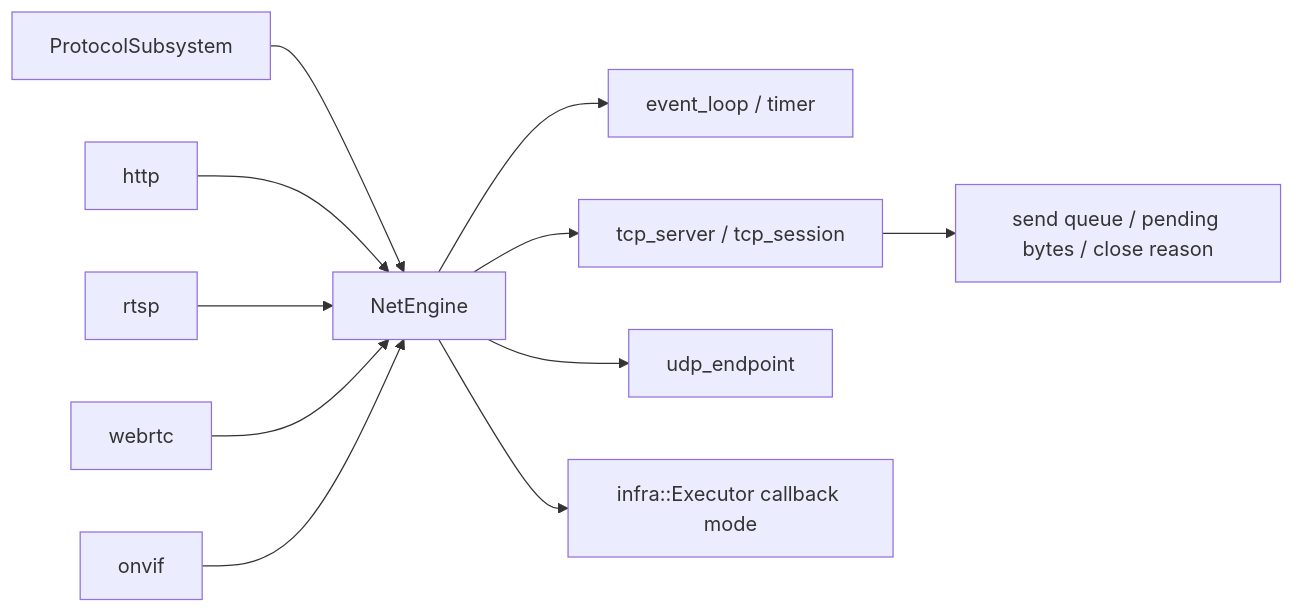
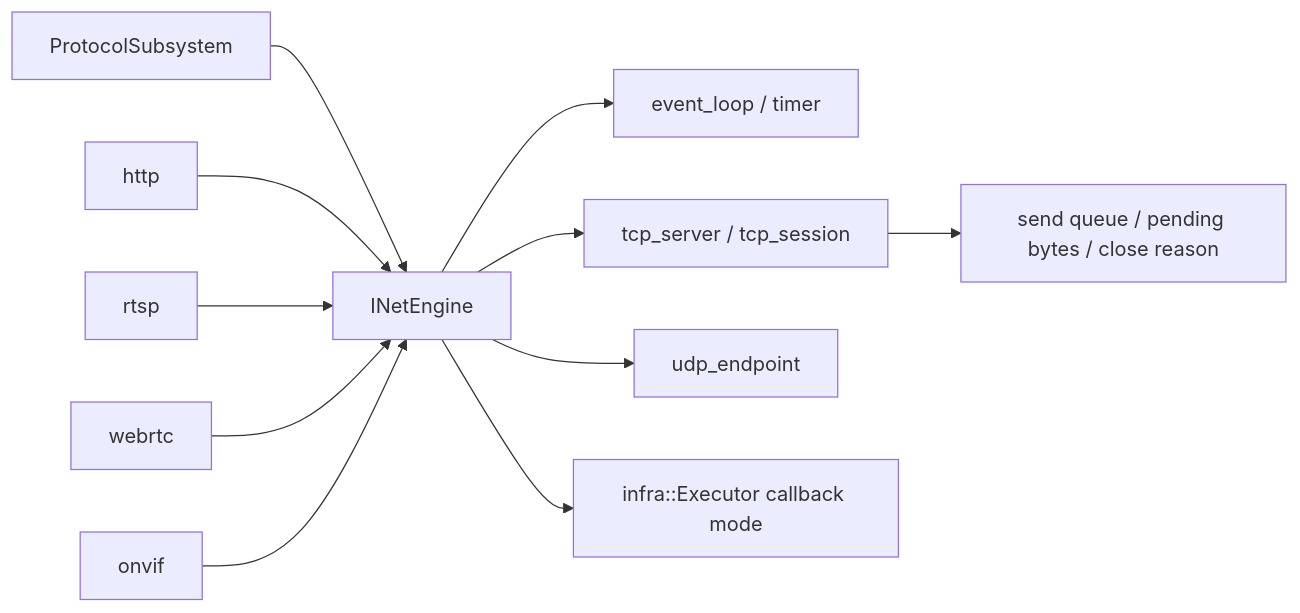
The diagram in docs/libs/net.md (373699756/live_stream), drawn with Mermaid before and after one commit. The commit also changed other lines of this file and 37 other files, not shown here.

Commit message:
refactor(net): name engine interface explicitly

````diff
--- a/docs/libs/net.md
+++ b/docs/libs/net.md
@@ -15,13 +15,13 @@
 ```mermaid
 flowchart LR
-  Protocol[ProtocolSubsystem] --> Net[NetEngine]
+  Protocol[ProtocolSubsystem] --> Net[INetEngine]
   Net --> Loop[event_loop / timer]
   Net --> TCP[tcp_server / tcp_session]
   Net --> UDP[udp_endpoint]
   TCP --> Queue[send queue / pending bytes / close reason]
   Net --> Executor[infra::Executor callback mode]
   HTTP[http] --> Net
   RTSP[rtsp] --> Net
   WebRTC[webrtc] --> Net
   ONVIF[onvif] --> Net
 ```
````
